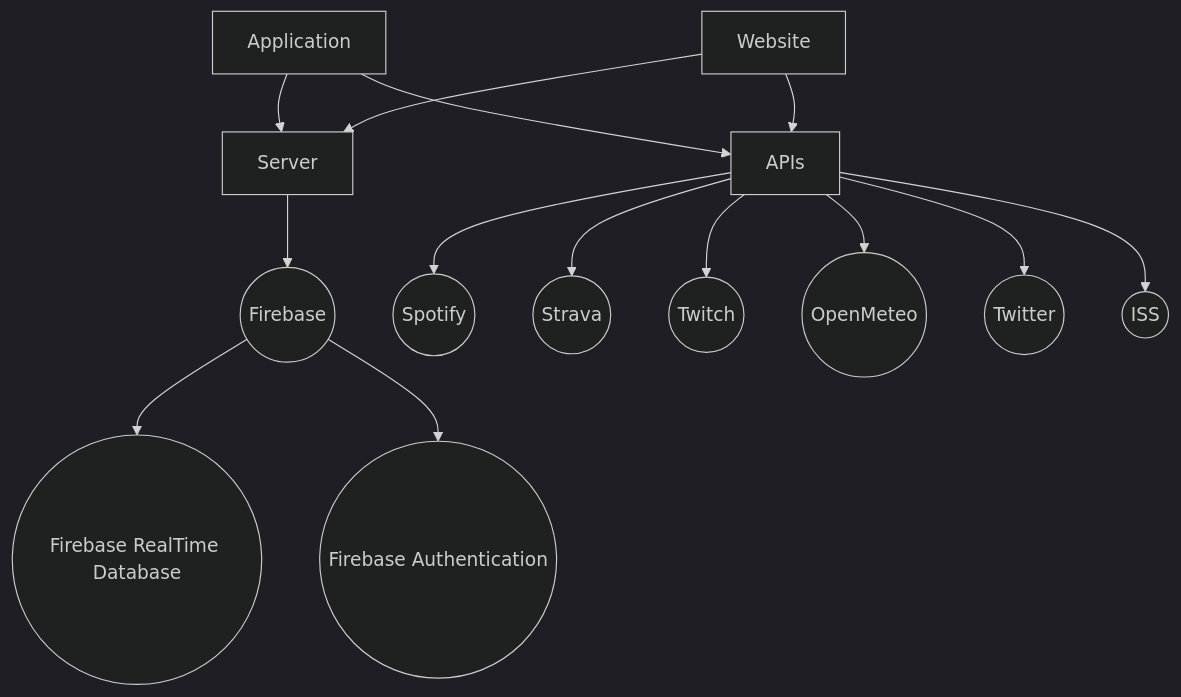
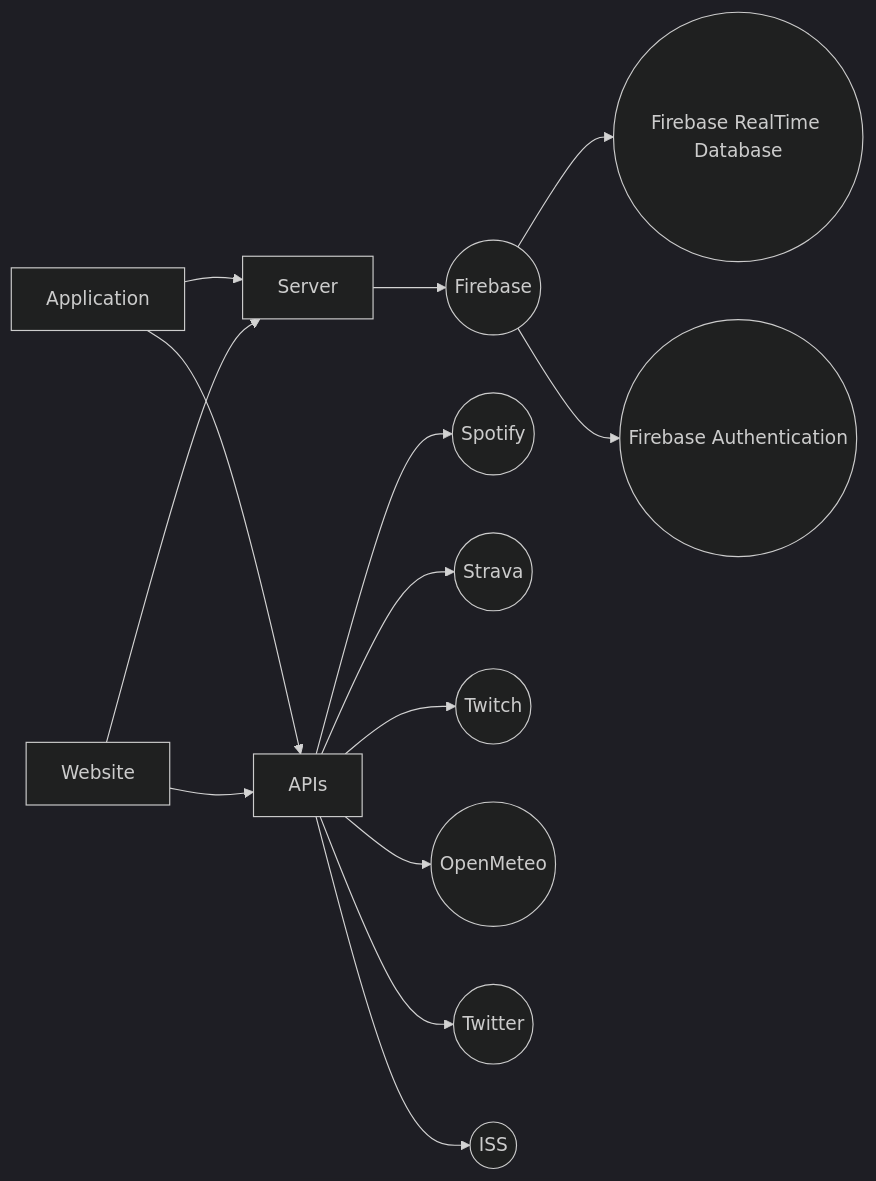
One commit to Epitech-Nantes-Tek3/AREA changed the diagram in README.md. Above: the diagram before and after it, drawn with Mermaid (dark theme).

Commit message:
Change graph orientation

````diff
--- a/README.md
+++ b/README.md
@@ -52,16 +52,16 @@
 ```mermaid
-graph TD
+graph LR
 A[Application] --> C[Server]
 B[Website] --> C[Server]
 C --> D((Firebase))
 D --> E((Firebase RealTime Database))
 D --> F((Firebase Authentication))
 A --> M[APIs]
 B --> M
 M --> G((Spotify))
 M --> H((Strava))
 M --> I((Twitch))
 M --> J((OpenMeteo))
 M --> K((Twitter))
 M --> L((ISS))
 ```
````
